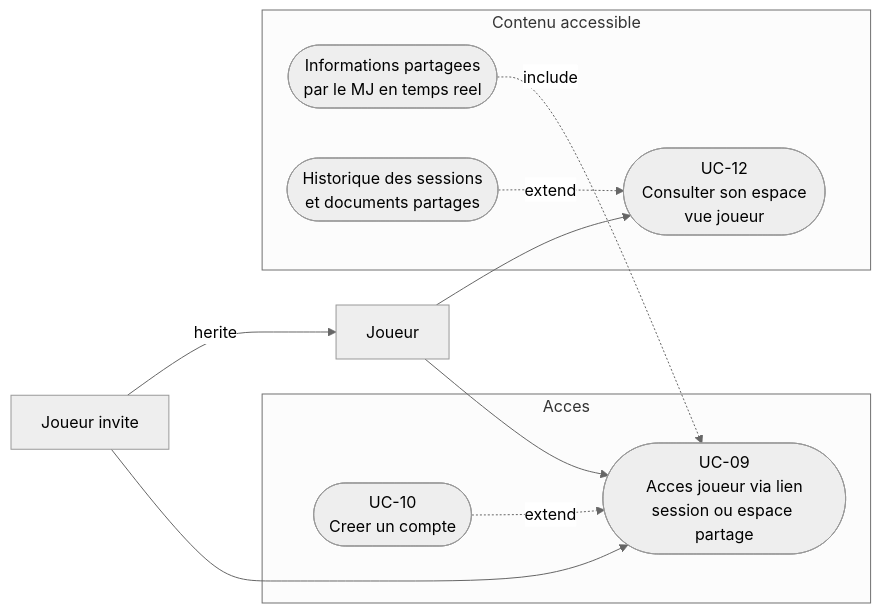
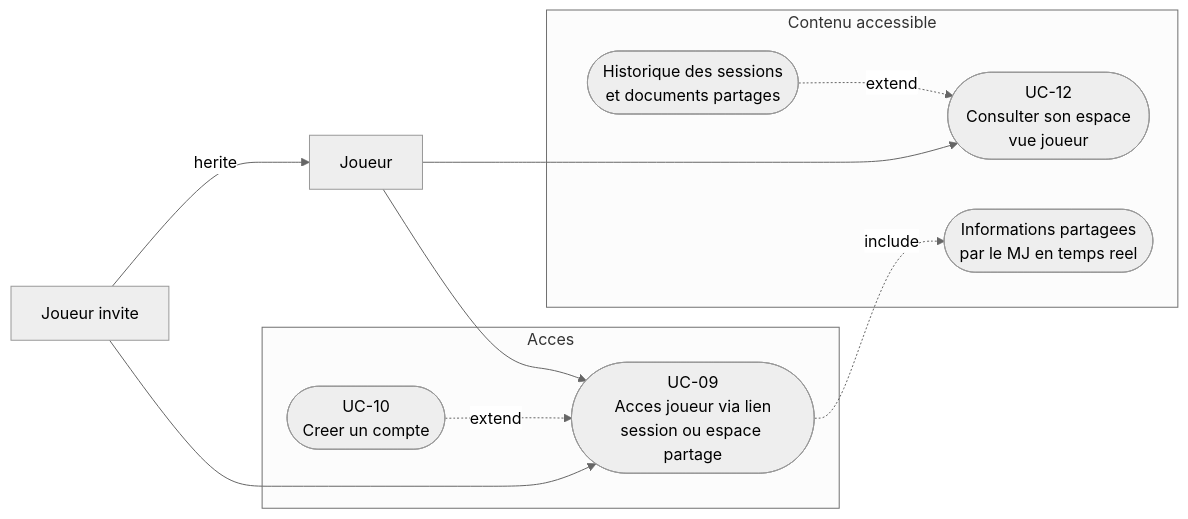
One commit to 2025-10-CDA-ECO-P6/PM-micro-saas changed the fourth of 5 diagrams in docs/besoin/cas-d-utilisation/diagrammes.md. Above: the diagram before and after it, drawn with Mermaid (neutral theme). The commit also changed other lines of this file and 2 other files, not shown here.

First line of the commit message:
docs(besoin): complète les diagrammes de cas d'utilisation et de navigation

````diff
--- a/docs/besoin/cas-d-utilisation/diagrammes.md
+++ b/docs/besoin/cas-d-utilisation/diagrammes.md
@@ -196,24 +201,24 @@
 ```mermaid
 flowchart LR
     Joueur["Joueur"]
     JInvite["Joueur invite"]
     JInvite -- herite --> Joueur
 
     subgraph ACCES["Acces"]
         UC09(["UC-09\nAcces joueur via lien\nsession ou espace partage"])
         UC10(["UC-10\nCreer un compte"])
     end
     subgraph CONTENU["Contenu accessible"]
         INFO(["Informations partagees\npar le MJ en temps reel"])
         HIST(["Historique des sessions\net documents partages"])
         UC12(["UC-12\nConsulter son espace\nvue joueur"])
     end
 
     JInvite --> UC09
     Joueur --> UC09
     Joueur --> UC12
 
     UC10 -.->|"extend"| UC09
-    INFO -.->|"include"| UC09
+    UC09 -.->|"include"| INFO
     HIST -.->|"extend"| UC12
 ```
````
